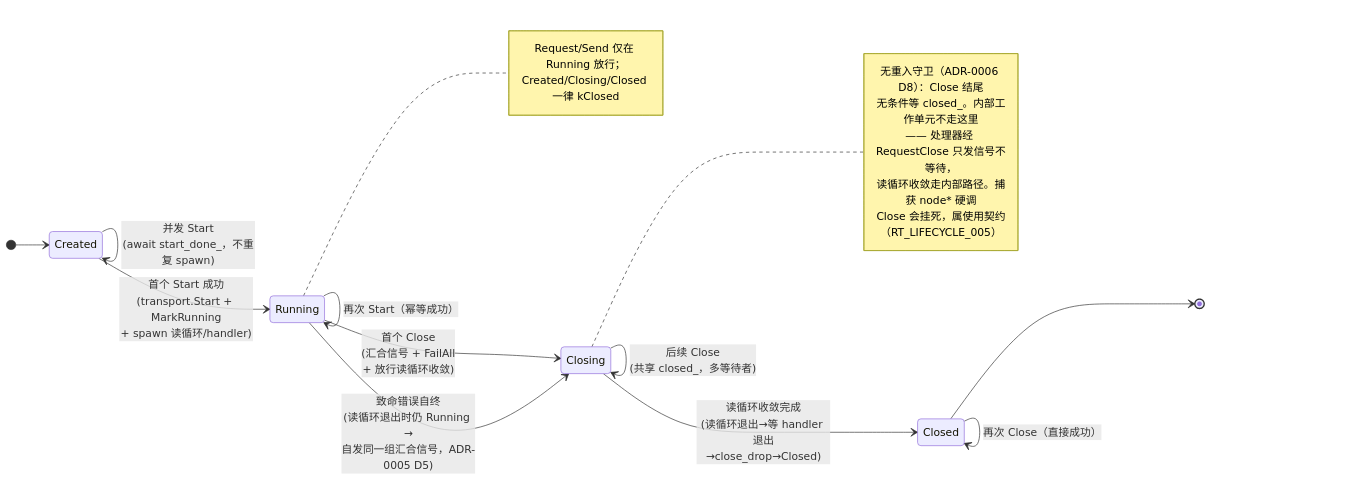
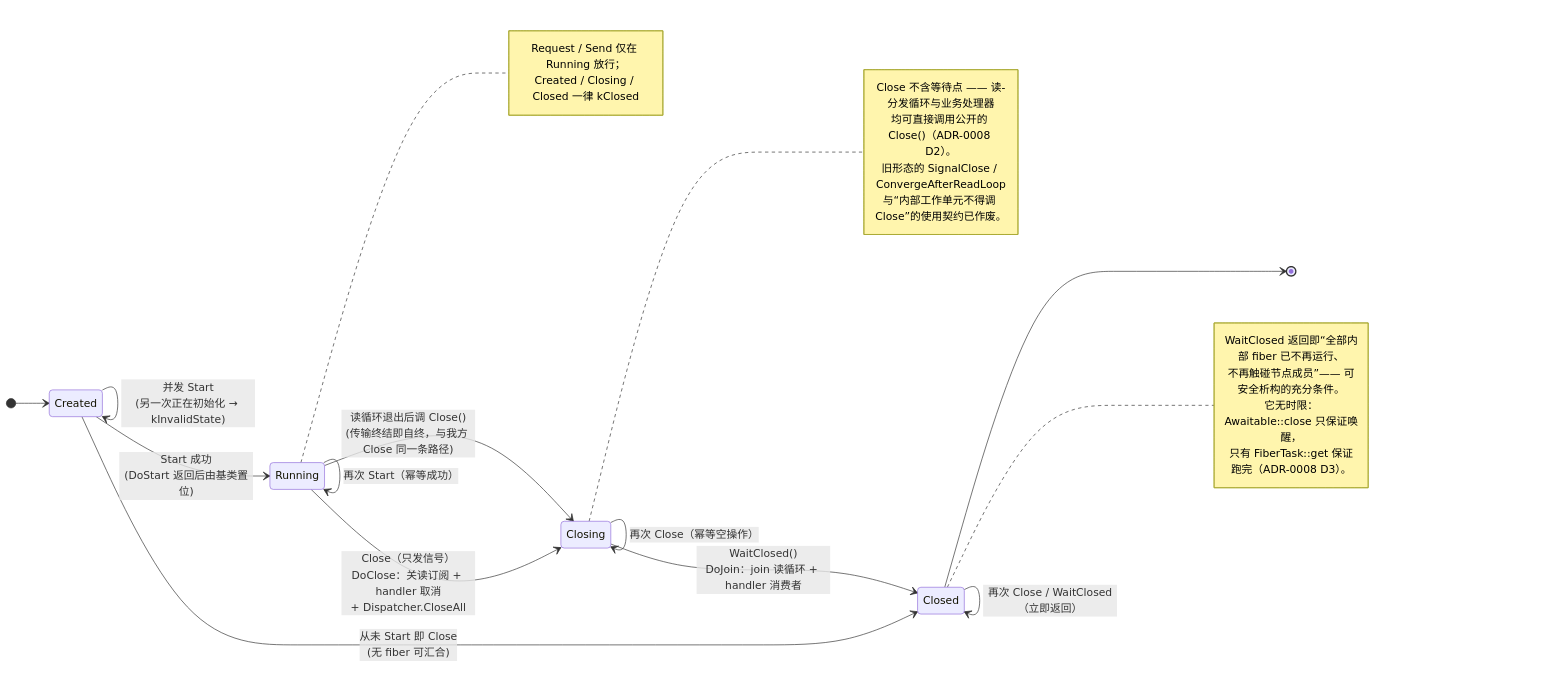
One commit to Ste7an-cs/Transport changed the diagram in docs/diagrams/state-node-lifecycle.mmd. Above: the diagram before and after it, drawn with Mermaid. The commit also changed 20 other files, not shown here.

First line of the commit message:
docs(diagrams): 按 ADR-0008 重绘九张图，同步 SDD 图注与追溯矩阵

```diff
--- a/docs/diagrams/state-node-lifecycle.mmd
+++ b/docs/diagrams/state-node-lifecycle.mmd
@@ -1,30 +1,37 @@
 stateDiagram-v2
     direction LR
     [*] --> Created
 
-    Created --> Created: ValidateConfig 失败<br/>(kConfiguration，可改配重试)
-    Created --> Running: 首个 Start 成功<br/>(transport.Start + MarkRunning<br/>+ spawn 读循环/handler)
-    Created --> Created: 并发 Start<br/>(await start_done_，不重复 spawn)
+    Created --> Created: DoStart 失败<br/>(配置非法等，可改配重试)
+    Created --> Created: 并发 Start<br/>(另一次正在初始化 → kInvalidState)
+    Created --> Running: Start 成功<br/>(DoStart 返回后由基类置位)
+    Created --> Closed: 从未 Start 即 Close<br/>(无 fiber 可汇合)
 
     Running --> Running: 再次 Start（幂等成功）
-    Running --> Closing: 首个 Close<br/>(汇合信号 + FailAll<br/>+ 放行读循环收敛)
-    Running --> Closing: 致命错误自终<br/>(读循环退出时仍 Running →<br/>自发同一组汇合信号，ADR-0005 D5)
+    Running --> Closing: Close（只发信号）<br/>DoClose：关读订阅 + handler 取消<br/>+ Dispatcher.CloseAll
+    Running --> Closing: 读循环退出后调 Close()<br/>(传输终结即自终，与我方 Close 同一条路径)
 
-    Closing --> Closing: 后续 Close<br/>(共享 closed_，多等待者)
-    Closing --> Closed: 读循环收敛完成<br/>(读循环退出→等 handler 退出<br/>→close_drop→Closed)
+    Closing --> Closing: 再次 Close（幂等空操作）
+    Closing --> Closed: WaitClosed()<br/>DoJoin：join 读循环 + handler 消费者
 
-    Closed --> Closed: 再次 Close（直接成功）
+    Closed --> Closed: 再次 Close / WaitClosed（立即返回）
     Closed --> [*]
 
     note right of Closing
-        无重入守卫（ADR-0006 D8）：Close 结尾
-        无条件等 closed_。内部工作单元不走这里
-        —— 处理器经 RequestClose 只发信号不等待，
-        读循环收敛走内部路径。捕获 node* 硬调
-        Close 会挂死，属使用契约（RT_LIFECYCLE_005）
+        Close 不含等待点 —— 读-分发循环与业务处理器
+        均可直接调用公开的 Close()（ADR-0008 D2）。
+        旧形态的 SignalClose / ConvergeAfterReadLoop
+        与“内部工作单元不得调 Close”的使用契约已作废。
+    end note
+
+    note right of Closed
+        WaitClosed 返回即“全部内部 fiber 已不再运行、
+        不再触碰节点成员”—— 可安全析构的充分条件。
+        它无时限：Awaitable::close 只保证唤醒，
+        只有 FiberTask::get 保证跑完（ADR-0008 D3）。
     end note
 
     note right of Running
-        Request/Send 仅在 Running 放行；
-        Created/Closing/Closed 一律 kClosed
+        Request / Send 仅在 Running 放行；
+        Created / Closing / Closed 一律 kClosed
     end note
```
